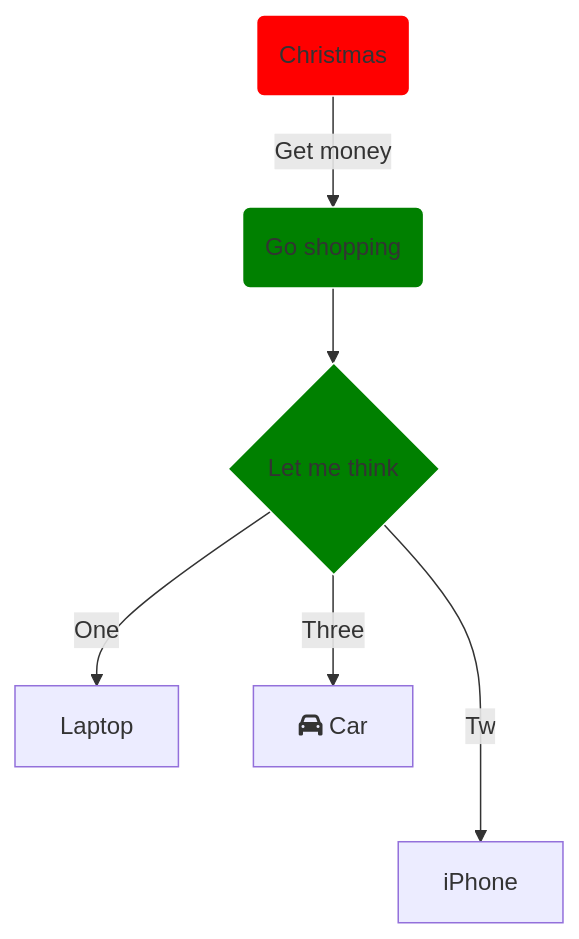
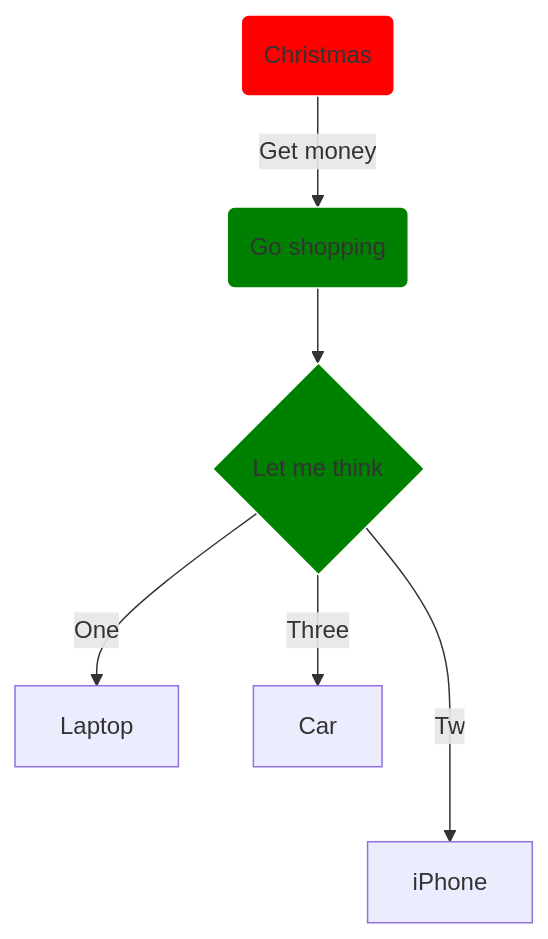
The second of 3 diagrams in README.md (singhanmolpreet/mermaid), drawn with Mermaid before and after one commit.

````diff
--- a/README.md
+++ b/README.md
@@ -12,11 +12,11 @@
 ```mermaid
 flowchart TD
     A(Christmas)-- Get money -->B(Go shopping)
     B --> C{Let me think}
     C --One --> D[Laptop] 
     C --Two-->E[iPhone]
-    C --Three--> F[fa:fa-car Car]
+    C --Three--> F[Car]
     style A fill:red,stroke:white
     style B fill:green,stroke:white
     style C fill:green,stroke:white
 ```
````
